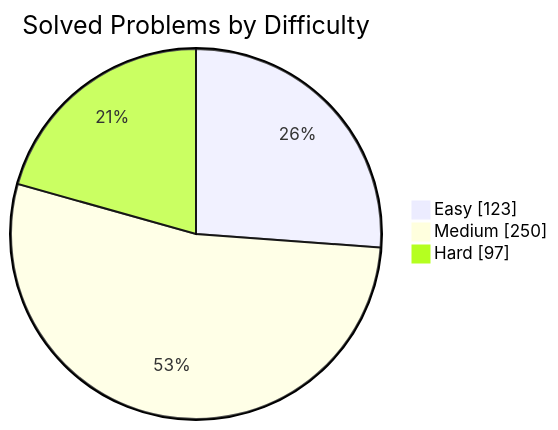
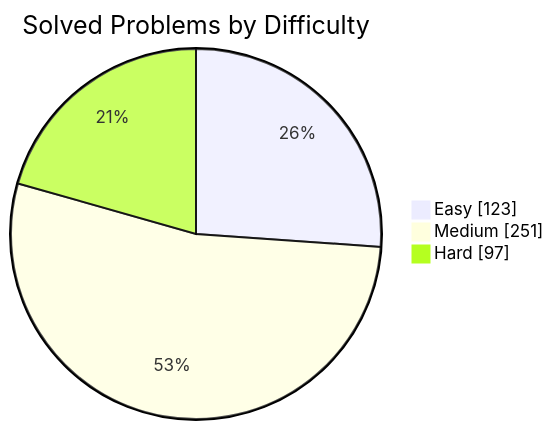
The first of 2 diagrams in README.md (manikantbindass/DSA-Preparation-FAANG), drawn with Mermaid before and after one commit. The commit also changed other lines of this file and 1 other file, not shown here.

````diff
--- a/README.md
+++ b/README.md
@@ -77,7 +77,7 @@
 ```mermaid
 pie showData
     title Solved Problems by Difficulty
     "Easy" : 123
-    "Medium" : 250
+    "Medium" : 251
     "Hard" : 97
 ```
````
